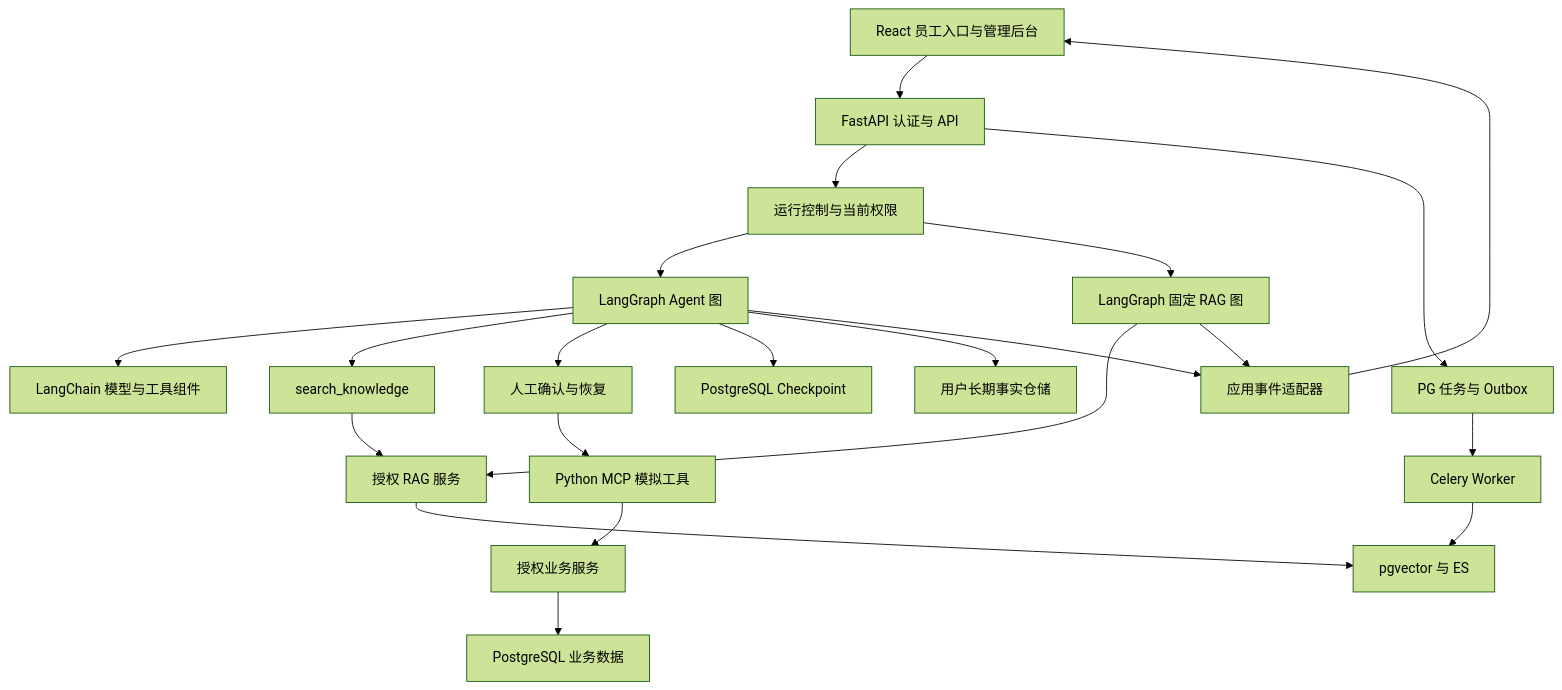
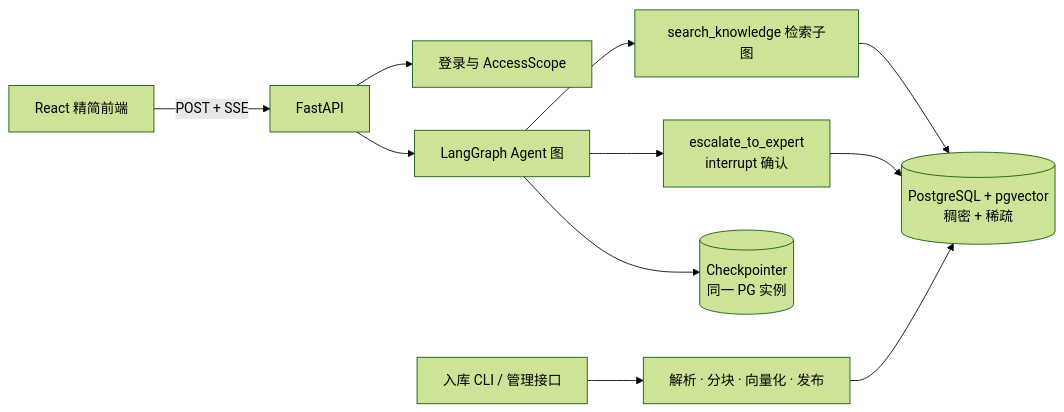
One commit to BeforeLanding/Knoventra changed the diagram in docs/knoventra-development-plan.md. Above: the diagram before and after it, drawn with Mermaid (forest theme). The commit also changed other lines of this file and 2 other files, not shown here.

````diff
--- a/docs/knoventra-development-plan.md
+++ b/docs/knoventra-development-plan.md
@@ -157,24 +73,13 @@
 ```mermaid
-flowchart TD
-    UI[React 员工入口与管理后台] --> API[FastAPI 认证与 API]
-    API --> RUN[运行控制与当前权限]
-    RUN --> AG[LangGraph Agent 图]
-    RUN --> WF[LangGraph 固定 RAG 图]
-    AG --> MODEL[LangChain 模型与工具组件]
-    AG --> KG[search_knowledge]
-    WF --> RAG[授权 RAG 服务]
-    KG --> RAG
-    AG --> APPROVAL[人工确认与恢复]
-    APPROVAL --> MCP[Python MCP 模拟工具]
-    MCP --> BIZ[授权业务服务]
-    RAG --> INDEX[pgvector 与 ES]
-    API --> JOB[PG 任务与 Outbox]
-    JOB --> WORKER[Celery Worker]
-    WORKER --> INDEX
-    AG --> CP[PostgreSQL Checkpoint]
-    AG --> MEMORY[用户长期事实仓储]
-    BIZ --> DB[PostgreSQL 业务数据]
-    AG --> EVENTS[应用事件适配器]
-    WF --> EVENTS
-    EVENTS --> UI
+flowchart LR
+    UI[React 精简前端] -->|POST + SSE| API[FastAPI]
+    API --> AUTH[登录与 AccessScope]
+    API --> G[LangGraph Agent 图]
+    G --> KS[search_knowledge 检索子图]
+    KS --> PG[(PostgreSQL + pgvector<br/>稠密 + 稀疏)]
+    G --> ESC[escalate_to_expert<br/>interrupt 确认]
+    ESC --> PG
+    G --> CP[(Checkpointer<br/>同一 PG 实例)]
+    ADMIN[入库 CLI / 管理接口] --> ING[解析 · 分块 · 向量化 · 发布]
+    ING --> PG
 ```
````
